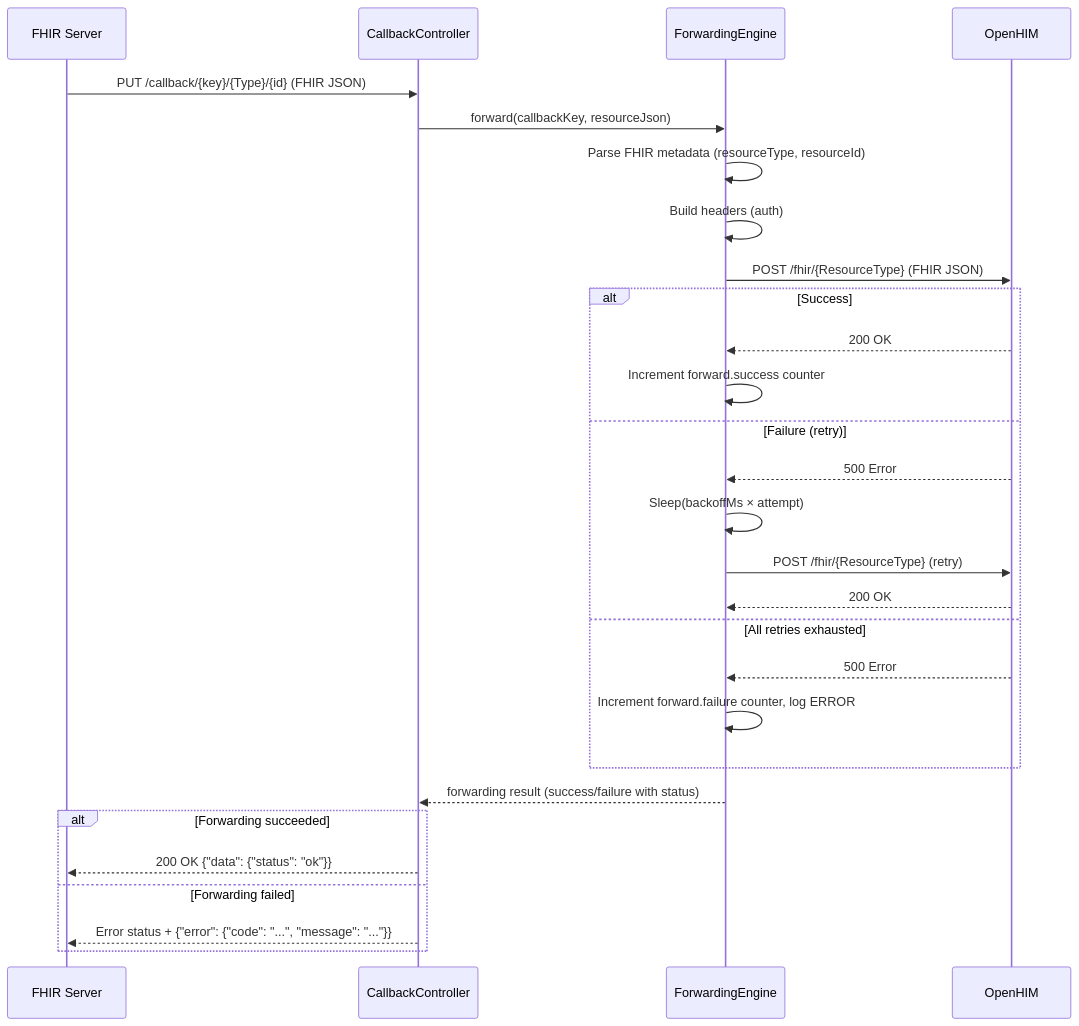
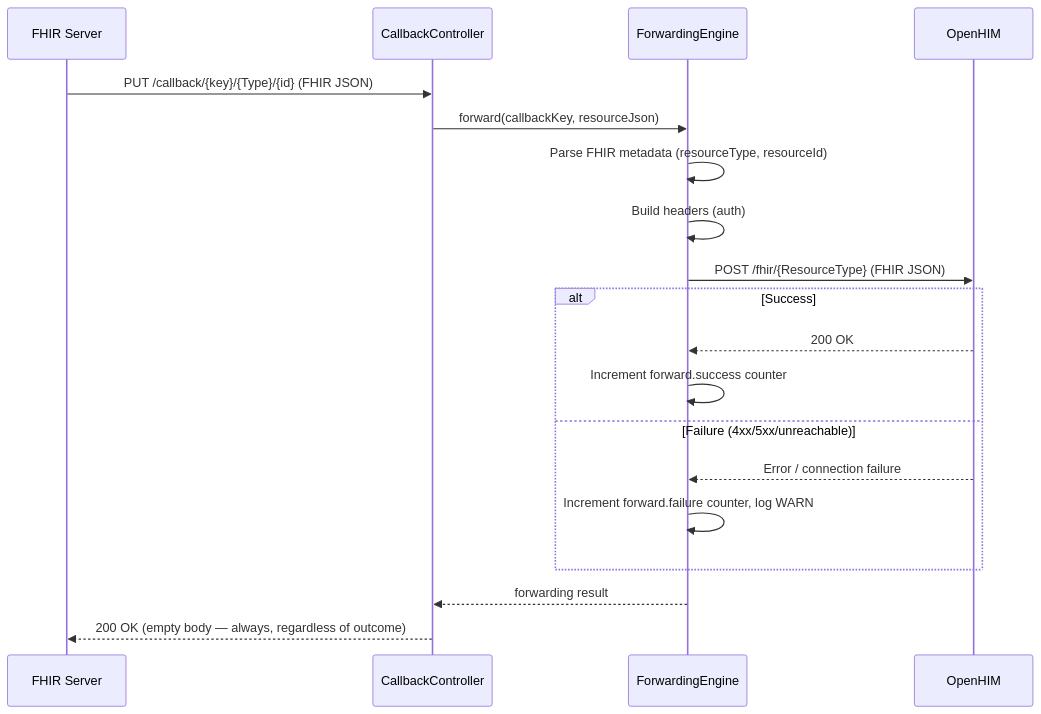
The second of 2 diagrams in docs/architecture.md (ishashankakkasali/fhir-cce-emitter-adaptor), drawn with Mermaid before and after one commit. The commit also changed other lines of this file and 11 other files, not shown here.

First line of the commit message:
Bug Fix: remove retry loop and always ACK to prevent HAPI FHIR infinite redelivery

````diff
--- a/docs/architecture.md
+++ b/docs/architecture.md
@@ -284,31 +282,22 @@
 ```mermaid
 sequenceDiagram
     participant FS as FHIR Server
     participant CB as CallbackController
     participant FE as ForwardingEngine
     participant T as OpenHIM
 
     FS->>CB: PUT /callback/{key}/{Type}/{id} (FHIR JSON)
     CB->>FE: forward(callbackKey, resourceJson)
     FE->>FE: Parse FHIR metadata (resourceType, resourceId)
     FE->>FE: Build headers (auth)
     FE->>T: POST /fhir/{ResourceType} (FHIR JSON)
     alt Success
         T-->>FE: 200 OK
         FE->>FE: Increment forward.success counter
-    else Failure (retry)
-        T-->>FE: 500 Error
-        FE->>FE: Sleep(backoffMs × attempt)
-        FE->>T: POST /fhir/{ResourceType} (retry)
-        T-->>FE: 200 OK
-    else All retries exhausted
-        T-->>FE: 500 Error
-        FE->>FE: Increment forward.failure counter, log ERROR
+    else Failure (4xx/5xx/unreachable)
+        T-->>FE: Error / connection failure
+        FE->>FE: Increment forward.failure counter, log WARN
     end
-    FE-->>CB: forwarding result (success/failure with status)
-    alt Forwarding succeeded
-        CB-->>FS: 200 OK {"data": {"status": "ok"}}
-    else Forwarding failed
-        CB-->>FS: Error status + {"error": {"code": "...", "message": "..."}}
-    end
+    FE-->>CB: forwarding result
+    CB-->>FS: 200 OK (empty body — always, regardless of outcome)
 ```
````
